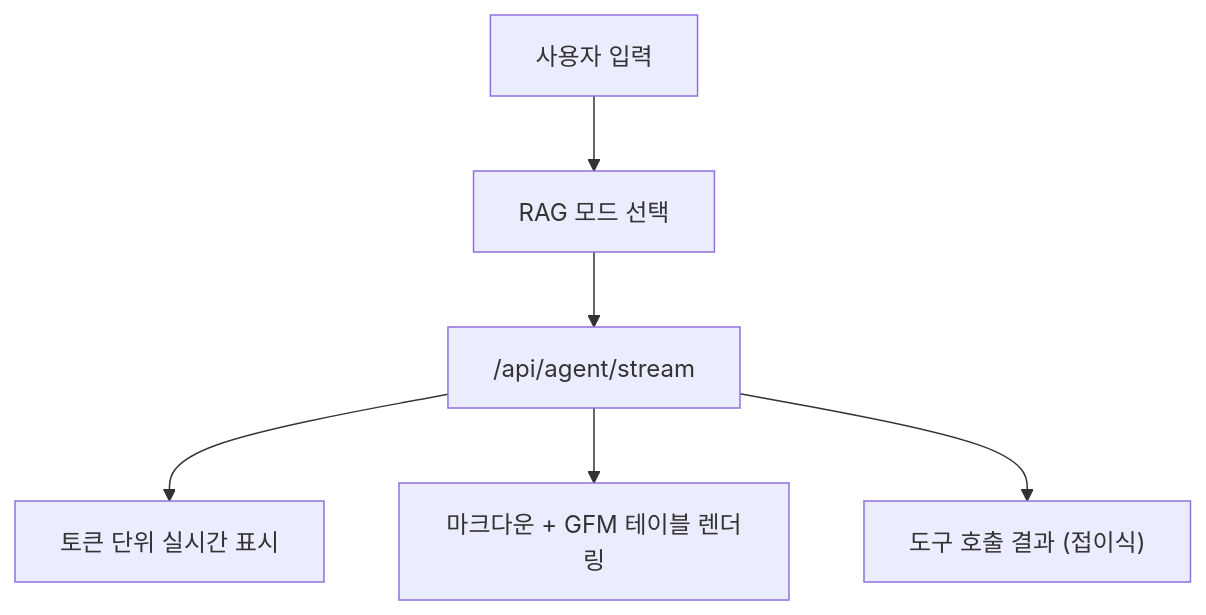
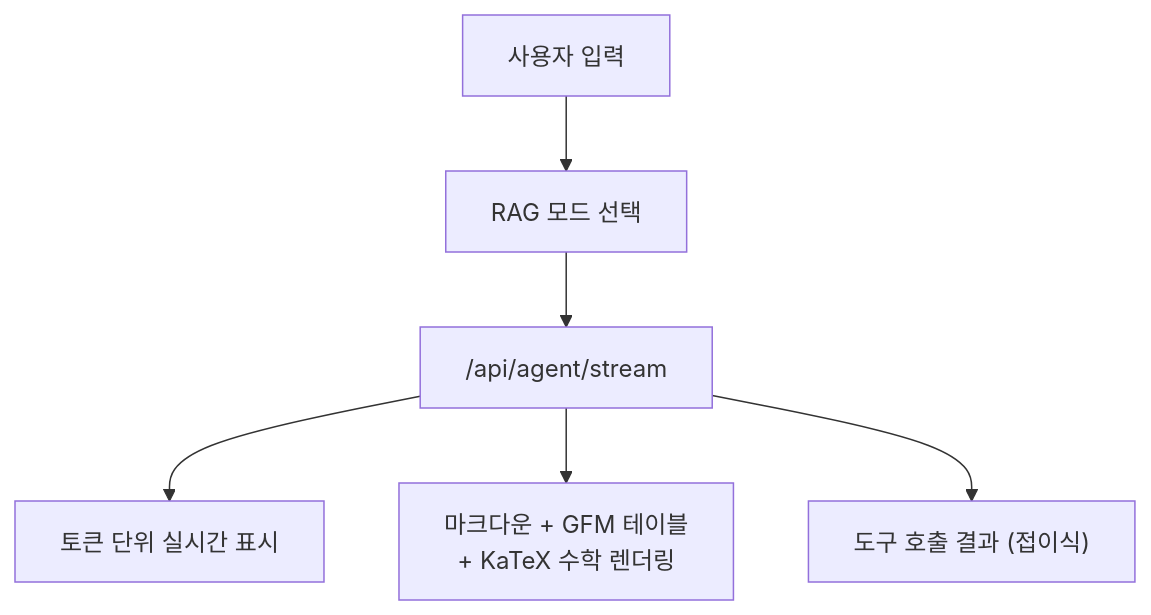
The first of 5 diagrams in nextjs/README.md (ASNGG/cafe24-demo), drawn with Mermaid before and after one commit. The commit also changed other lines of this file and 11 other files, not shown here.

````diff
--- a/nextjs/README.md
+++ b/nextjs/README.md
@@ -92,11 +107,11 @@
 ```mermaid
 flowchart TB
     Q["사용자 입력"]
     Mode["RAG 모드 선택"]
     SSE["/api/agent/stream"]
     R1["토큰 단위 실시간 표시"]
-    R2["마크다운 + GFM 테이블 렌더링"]
+    R2["마크다운 + GFM 테이블<br/>+ KaTeX 수학 렌더링"]
     R3["도구 호출 결과 (접이식)"]
 
     Q --> Mode --> SSE --> R1 & R2 & R3
 ```
````
